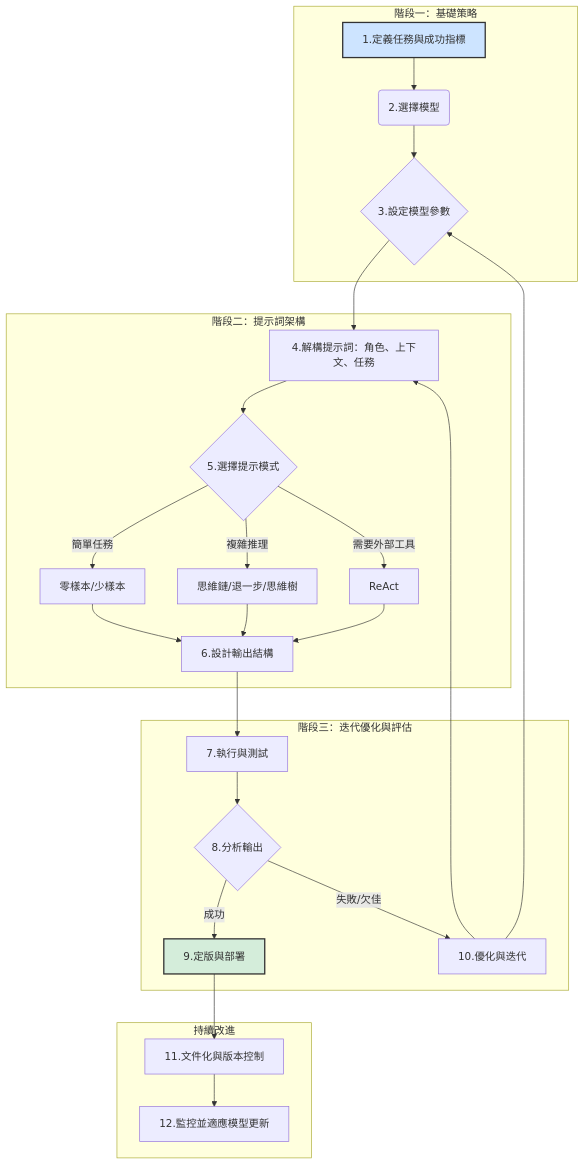
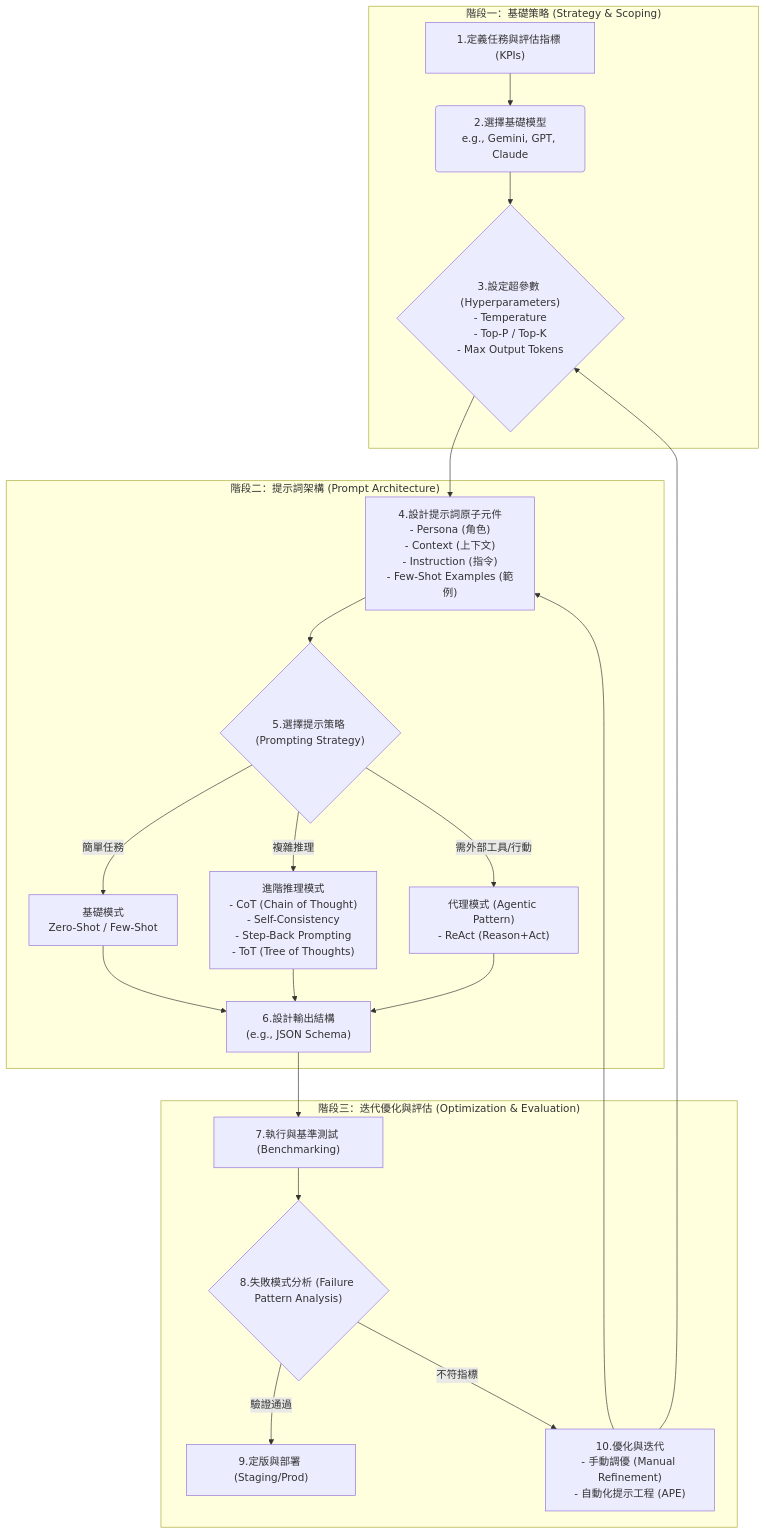
Before and after one commit to Luca0x5755/interactive_process: the diagram in Prompt_Engineering/pe-interactive-process-zh-TW.md, drawn with Mermaid. The commit also changed other lines of this file and 1 other file, not shown here.

````diff
--- a/Prompt_Engineering/pe-interactive-process-zh-TW.md
+++ b/Prompt_Engineering/pe-interactive-process-zh-TW.md
@@ -13,35 +1,27 @@
 ```mermaid
 graph TD
-    subgraph "階段一：基礎策略"
-        A[1.定義任務與成功指標] --> B(2.選擇模型);
-        B --> C{3.設定模型參數};
+    subgraph "階段一：基礎策略 (Strategy & Scoping)"
+        A["1.定義任務與評估指標 (KPIs)"] --> B("2.選擇基礎模型<br/>e.g., Gemini, GPT, Claude");
+        B --> C{"3.設定超參數 (Hyperparameters)<br/>- Temperature<br/>- Top-P / Top-K<br/>- Max Output Tokens"};
     end
 
-    subgraph "階段二：提示詞架構"
-        C --> D[4.解構提示詞：角色、上下文、任務];
-        D --> E{5.選擇提示模式};
-        E -- 簡單任務 --> F[零樣本/少樣本];
-        E -- 複雜推理 --> G[思維鏈/退一步/思維樹];
-        E -- 需要外部工具 --> H[ReAct];
-        F --> I[6.設計輸出結構];
+    subgraph "階段二：提示詞架構 (Prompt Architecture)"
+        C --> D["4.設計提示詞原子元件<br/>- Persona (角色)<br/>- Context (上下文)<br/>- Instruction (指令)<br/>- Few-Shot Examples (範例)"];
+        D --> E{"5.選擇提示策略 (Prompting Strategy)"};
+        E -- 簡單任務 --> F[基礎模式<br/>Zero-Shot / Few-Shot];
+        E -- 複雜推理 --> G["進階推理模式<br/>- CoT (Chain of Thought)<br/>- Self-Consistency<br/>- Step-Back Prompting<br/>- ToT (Tree of Thoughts)"];
+        E -- 需外部工具/行動 --> H["代理模式 (Agentic Pattern)<br/>- ReAct (Reason+Act)"];
+        F --> I["6.設計輸出結構<br/>(e.g., JSON Schema)"];
         G --> I;
         H --> I;
     end
 
-    subgraph "階段三：迭代優化與評估"
-        I --> J[7.執行與測試];
-        J --> K{8.分析輸出};
-        K -- 成功 --> L[9.定版與部署];
-        K -- 失敗/欠佳 --> M[10.優化與迭代];
+    subgraph "階段三：迭代優化與評估 (Optimization & Evaluation)"
+        I --> J["7.執行與基準測試 (Benchmarking)"];
+        J --> K{"8.失敗模式分析 (Failure Pattern Analysis)"};
+        K -- 驗證通過 --> L["9.定版與部署 (Staging/Prod)"];
+        K -- 不符指標 --> M["10.優化與迭代<br/>- 手動調優 (Manual Refinement)<br/>- 自動化提示工程 (APE)"];
         M --> D;
         M --> C;
     end
-
-    subgraph "持續改進"
-        L --> N[11.文件化與版本控制];
-        N --> O[12.監控並適應模型更新];
-    end
-
-    style A fill:#cde4ff,stroke:#333,stroke-width:2px
-    style L fill:#d4edda,stroke:#333,stroke-width:2px
 ```
````
